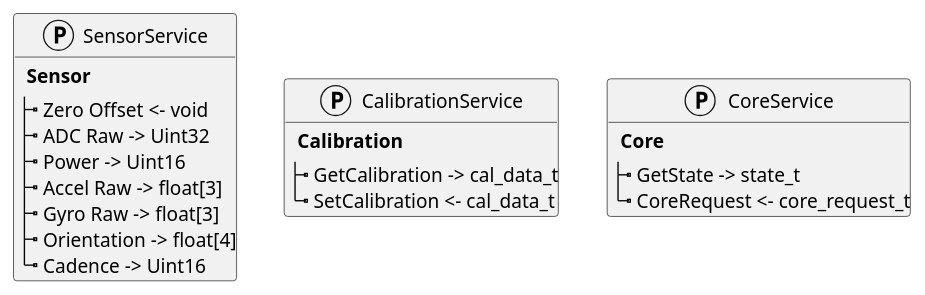
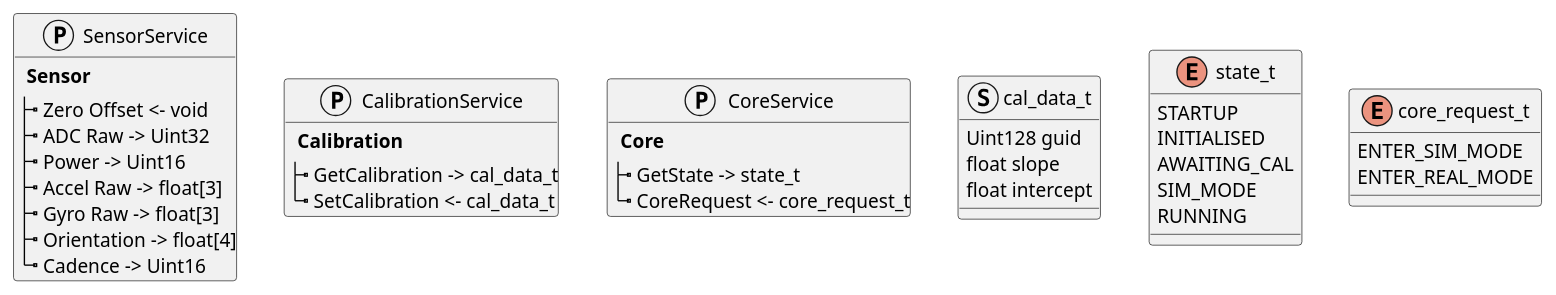
The diagram in src/nrf52/docs/diagrams/src/services.wsd (JRB-90/jpower), drawn with PlantUML before and after one commit.

Commit message:
Added data type definitions.

```diff
--- a/src/nrf52/docs/diagrams/src/services.wsd
+++ b/src/nrf52/docs/diagrams/src/services.wsd
@@ -1,30 +1,52 @@
 @startuml
 !pragma teoz true
 
 protocol SensorService {
     ** Sensor **
     |_ Zero Offset <- void
     |_ ADC Raw -> Uint32
     |_ Power -> Uint16
     |_ Accel Raw -> float[3]
     |_ Gyro Raw -> float[3]
     |_ Orientation -> float[4]
     |_ Cadence -> Uint16
 }
 
 protocol CalibrationService {
     ** Calibration **
     |_ GetCalibration -> cal_data_t
     |_ SetCalibration <- cal_data_t
 }
 
 protocol CoreService {
     ** Core **
     |_ GetState -> state_t
     |_ CoreRequest <- core_request_t
 }
 
+struct cal_data_t {
+    Uint128 guid
+    float slope
+    float intercept
+}
+
+enum state_t {
+    STARTUP
+    INITIALISED
+    AWAITING_CAL
+    SIM_MODE
+    RUNNING
+}
+
+enum core_request_t {
+    ENTER_SIM_MODE
+    ENTER_REAL_MODE
+}
+
 SensorService -[hidden] CalibrationService
 CalibrationService -[hidden] CoreService
 
+cal_data_t -[hidden] state_t
+state_t -[hidden] core_request_t
+
 @enduml
```
